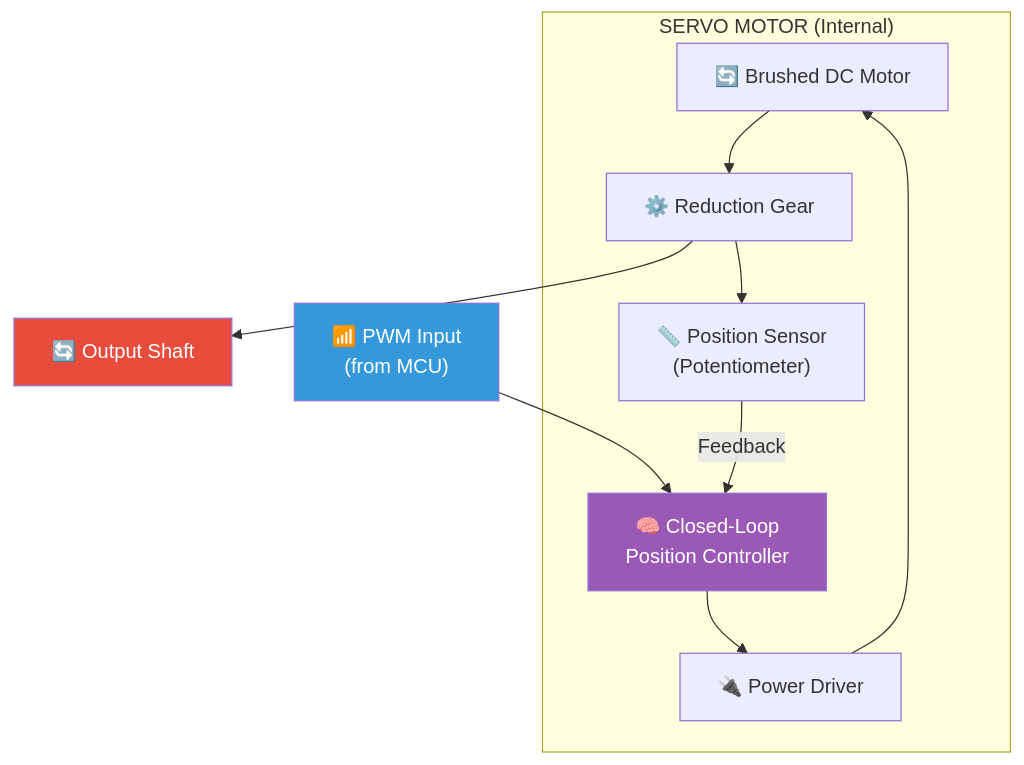
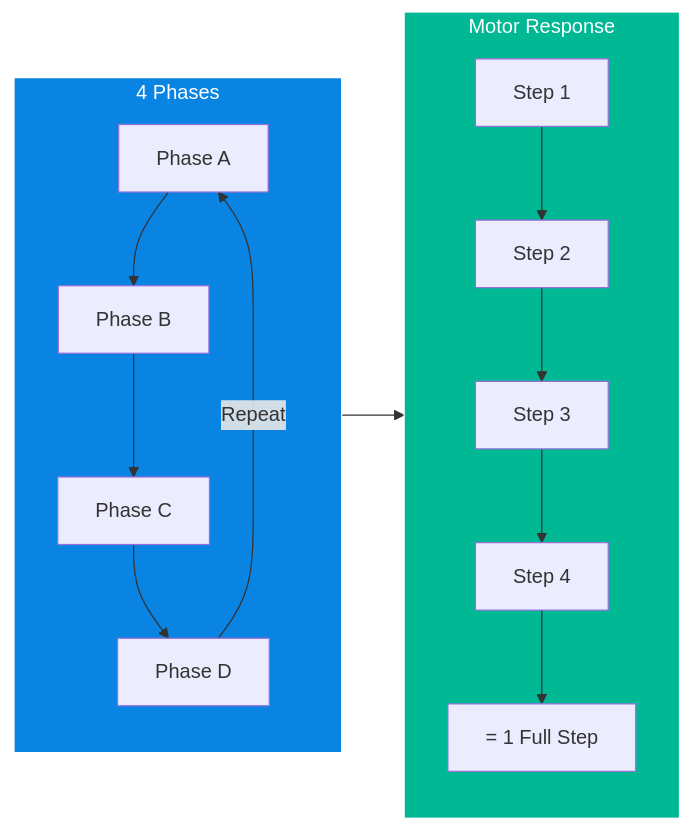
Diagram 11 of 13 in 00_Inbox/01_University/Practical_Computing/Labs/04_Labs.md (affaanq/University-Year1-Notes), drawn with Mermaid before and after one commit. The commit also changed other lines of this file and 2 other files, not shown here.

````diff
--- a/00_Inbox/01_University/Practical_Computing/Labs/04_Labs.md
+++ b/00_Inbox/01_University/Practical_Computing/Labs/04_Labs.md
@@ -524,20 +578,21 @@
 ```mermaid
-graph TD
-    subgraph "SERVO MOTOR (Internal)"
-        DCM["🔄 Brushed DC Motor"]
-        GR["⚙️ Reduction Gear"]
-        PD["📏 Position Sensor<br/>(Potentiometer)"]
-        DRV["🔌 Power Driver"]
-        CTRL["🧠 Closed-Loop<br/>Position Controller"]
+flowchart LR
+    subgraph PHASES["4 Phases"]
+        A["Phase A"] --> B["Phase B"]
+        B --> C["Phase C"]
+        C --> D["Phase D"]
+        D -->|"Repeat"| A
     end
-    
-    PWM_IN["📶 PWM Input<br/>(from MCU)"] --> CTRL
-    CTRL --> DRV --> DCM --> GR
-    GR --> OUTPUT["🔄 Output Shaft"]
-    GR --> PD
-    PD -->|"Feedback"| CTRL
-    
-    style PWM_IN fill:#3498db,color:#fff
-    style CTRL fill:#9b59b6,color:#fff
-    style OUTPUT fill:#e74c3c,color:#fff
+
+    subgraph MOTION["Motor Response"]
+        STEP1["Step 1"] --> STEP2["Step 2"]
+        STEP2 --> STEP3["Step 3"]
+        STEP3 --> STEP4["Step 4"]
+        STEP4 --> FULL["= 1 Full Step"]
+    end
+
+    PHASES --> MOTION
+
+    style PHASES fill:#0984e3,stroke:#fff,color:#fff
+    style MOTION fill:#00b894,stroke:#fff,color:#fff
 ```
````
